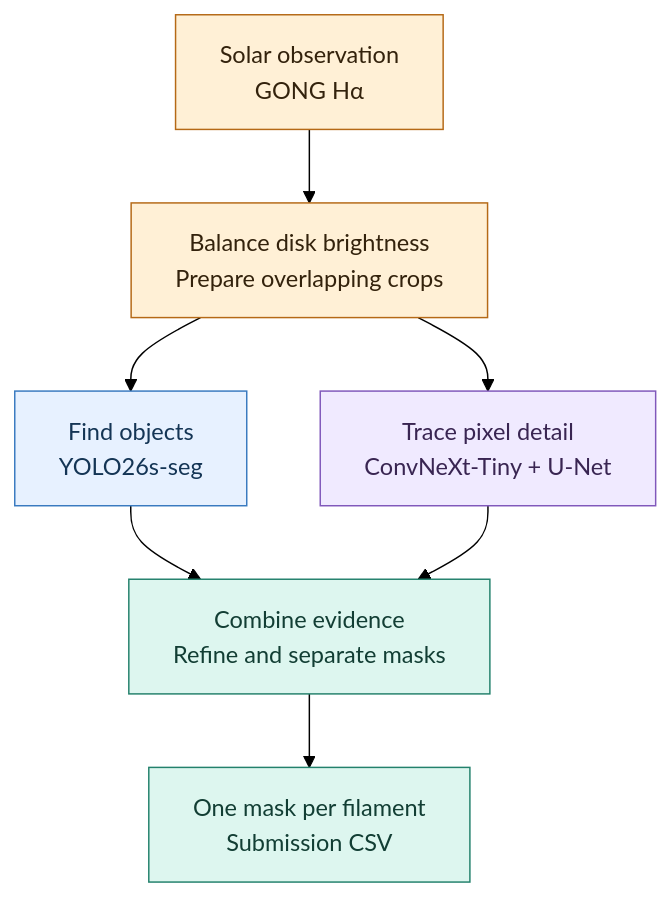
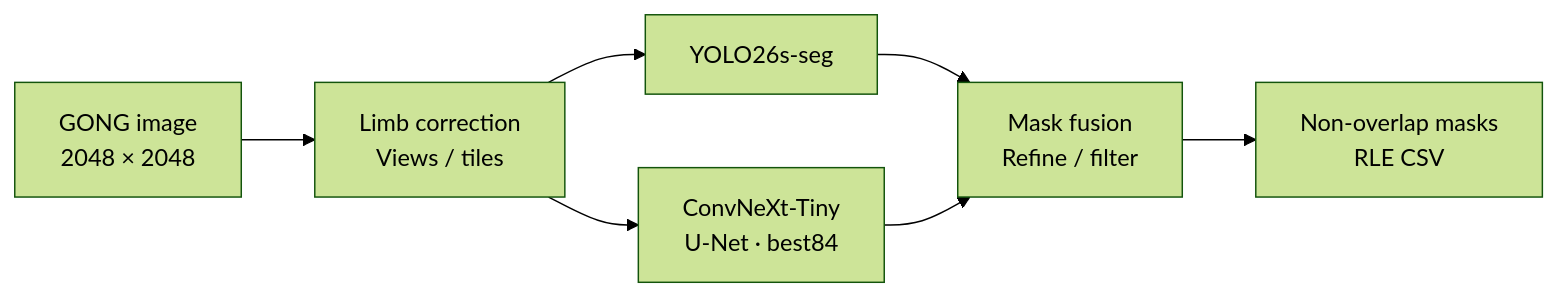
The first of 2 diagrams in README.md (ikjoo5/solar_filament), drawn with Mermaid (forest theme) before and after one commit. The commit also changed other lines of this file, not shown here.

Commit message:
Restore horizontal README pipeline and simplify introduction

````diff
--- a/README.md
+++ b/README.md
@@ -31,17 +25,9 @@
 ```mermaid
-flowchart TD
-    A["Solar observation<br/>GONG Hα"] --> B["Balance disk brightness<br/>Prepare overlapping crops"]
-    B --> Y["Find objects<br/>YOLO26s-seg"]
-    B --> U["Trace pixel detail<br/>ConvNeXt-Tiny + U-Net"]
-    Y --> F["Combine evidence<br/>Refine and separate masks"]
-    U --> F
-    F --> O["One mask per filament<br/>Submission CSV"]
-    classDef input fill:#fff0d6,stroke:#b56916,color:#33220c
-    classDef detector fill:#e7f1ff,stroke:#397ac0,color:#143555
-    classDef segmenter fill:#f0eaff,stroke:#8058bb,color:#392552
-    classDef result fill:#ddf6ef,stroke:#23816c,color:#123e34
-    class A,B input
-    class Y detector
-    class U segmenter
-    class F,O result
+flowchart LR
+    A["GONG image<br/>2048 × 2048"] --> B["Limb correction<br/>Views / tiles"]
+    B --> Y["YOLO26s-seg"]
+    B --> N["ConvNeXt-Tiny<br/>U-Net · best84"]
+    Y --> M["Mask fusion<br/>Refine / filter"]
+    N --> M
+    M --> R["Non-overlap masks<br/>RLE CSV"]
 ```
````
